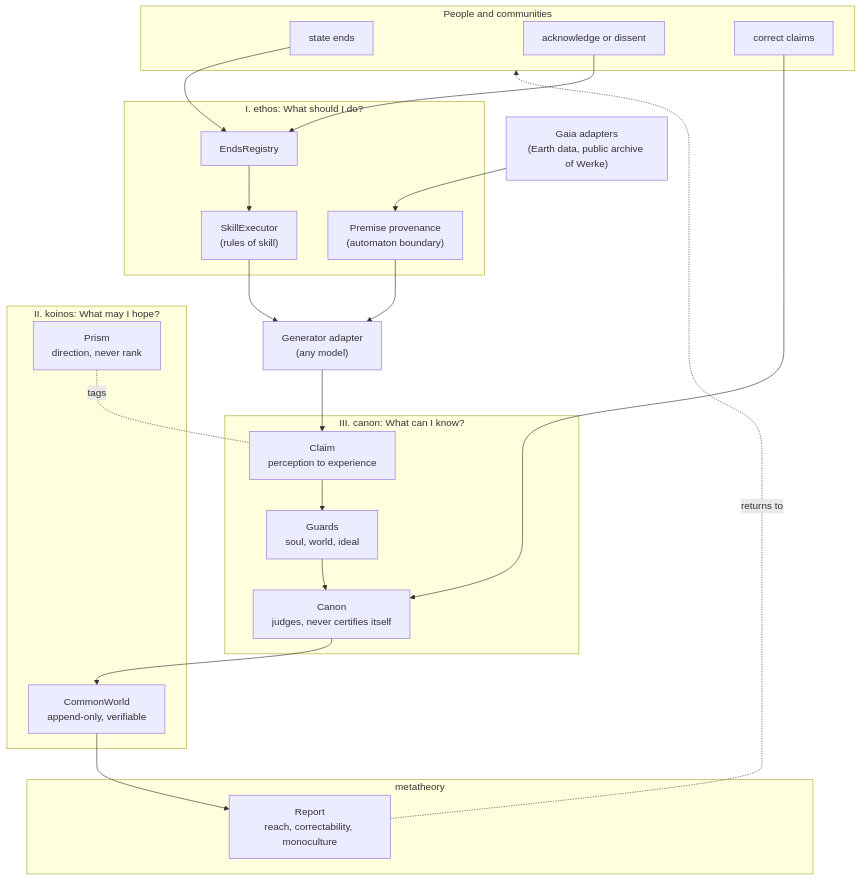
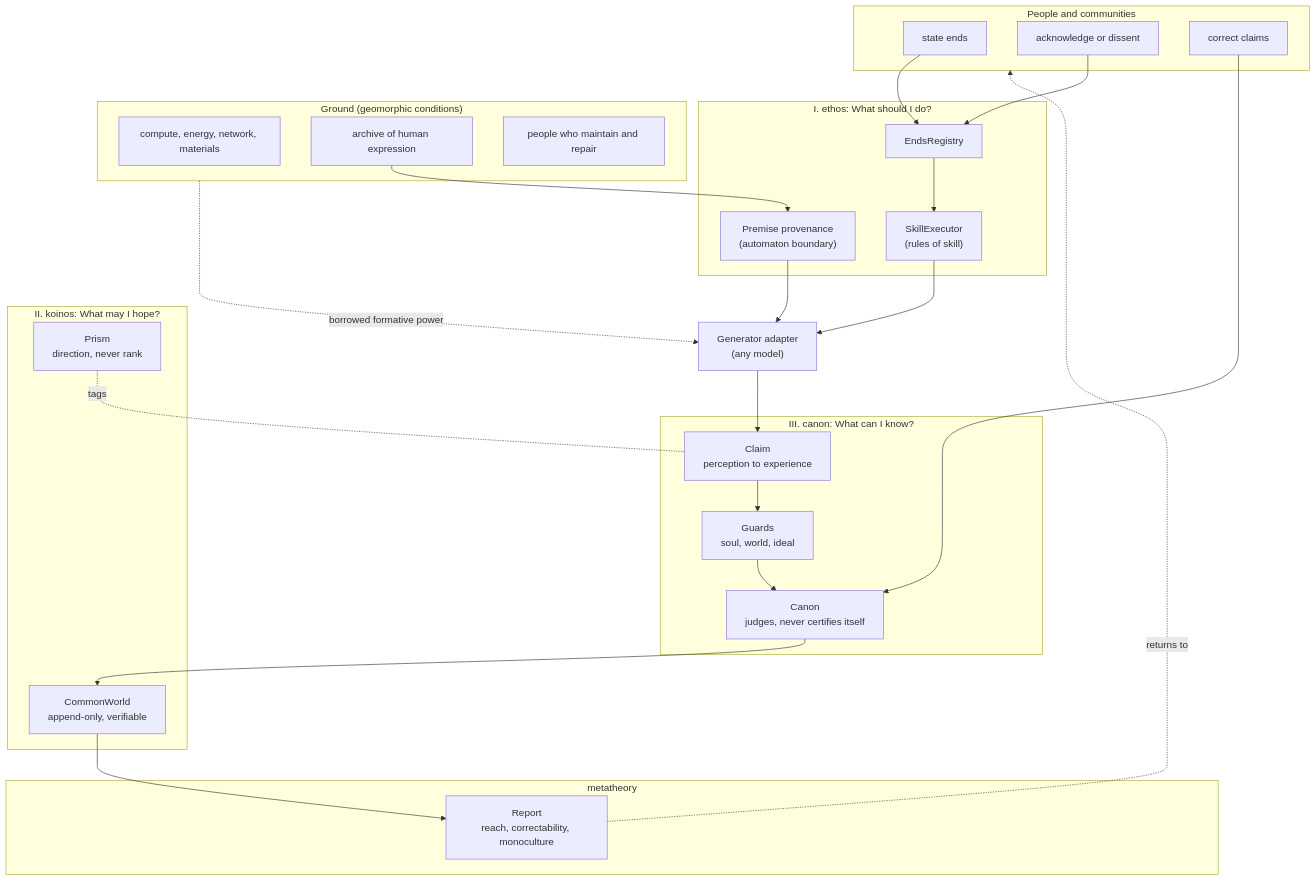
Before and after one commit to italosantosclemente/AGI-GAIA-TECHNE: the first of 5 diagrams in README.md, drawn with Mermaid. The commit also changed other lines of this file and 11 other files, not shown here.

First line of the commit message:
Add the geomorphic condition: ground, derived ends, human verification

````diff
--- a/README.md
+++ b/README.md
@@ -125,46 +144,52 @@
 ```mermaid
 flowchart TB
     subgraph People["People and communities"]
         P1["state ends"]
         P2["acknowledge or dissent"]
         P3["correct claims"]
     end
 
     subgraph Ethos["I. ethos: What should I do?"]
         E1["EndsRegistry"]
         E2["SkillExecutor<br/>(rules of skill)"]
         E3["Premise provenance<br/>(automaton boundary)"]
     end
 
     subgraph Koinos["II. koinos: What may I hope?"]
         K1["CommonWorld<br/>append-only, verifiable"]
         K2["Prism<br/>direction, never rank"]
     end
 
     subgraph Canon["III. canon: What can I know?"]
         C1["Claim<br/>perception to experience"]
         C2["Guards<br/>soul, world, ideal"]
         C3["Canon<br/>judges, never certifies itself"]
     end
 
     subgraph Meta["metatheory"]
         M1["Report<br/>reach, correctability, monoculture"]
     end
 
+    subgraph Ground["Ground (geomorphic conditions)"]
+        D1["compute, energy, network, materials"]
+        D2["archive of human expression"]
+        D3["people who maintain and repair"]
+    end
+
     G["Generator adapter<br/>(any model)"]
-    D["Gaia adapters<br/>(Earth data, public archive of Werke)"]
 
     P1 --> E1
     P2 --> E1
     E1 --> E2
-    D --> E3
+    Ground -. borrowed formative power .-> G
+    D2 --> E3
     E3 --> G
     E2 --> G
     G --> C1
     C1 --> C2 --> C3
     K2 -. tags .- C1
     C3 --> K1
     P3 --> C3
     K1 --> M1
     M1 -. returns to .-> People
 ```
````
